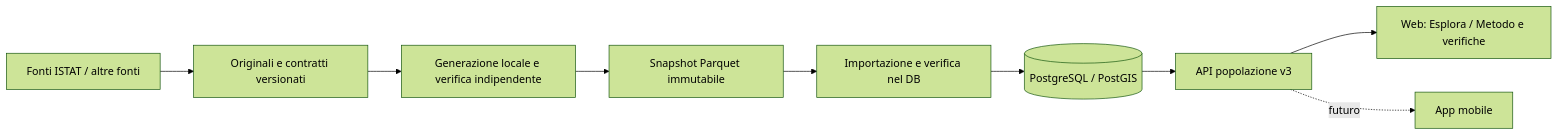
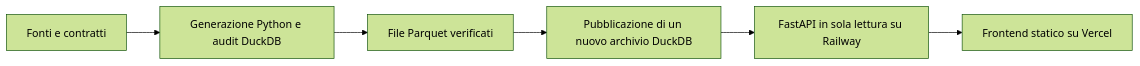
Before and after one commit to matik81/itadb: the diagram in README.md, drawn with Mermaid (forest theme). The commit also changed other lines of this file and 116 other files, not shown here.

````diff
--- a/README.md
+++ b/README.md
@@ -40,11 +16,8 @@
 ```mermaid
 flowchart LR
-  S[Fonti ISTAT / altre fonti] --> R[Originali e contratti versionati]
-  R --> G[Generazione locale e verifica indipendente]
-  G --> P[Snapshot Parquet immutabile]
-  P --> I[Importazione e verifica nel DB]
-  I --> D[(PostgreSQL / PostGIS)]
-  D --> A[API popolazione v3]
-  A --> W[Web: Esplora / Metodo e verifiche]
-  A -. futuro .-> M[App mobile]
+  S[Fonti e contratti] --> G[Generazione Python e audit DuckDB]
+  G --> P[File Parquet verificati]
+  P --> D[Pubblicazione di un nuovo archivio DuckDB]
+  D --> A[FastAPI in sola lettura su Railway]
+  A --> W[Frontend statico su Vercel]
 ```
````
